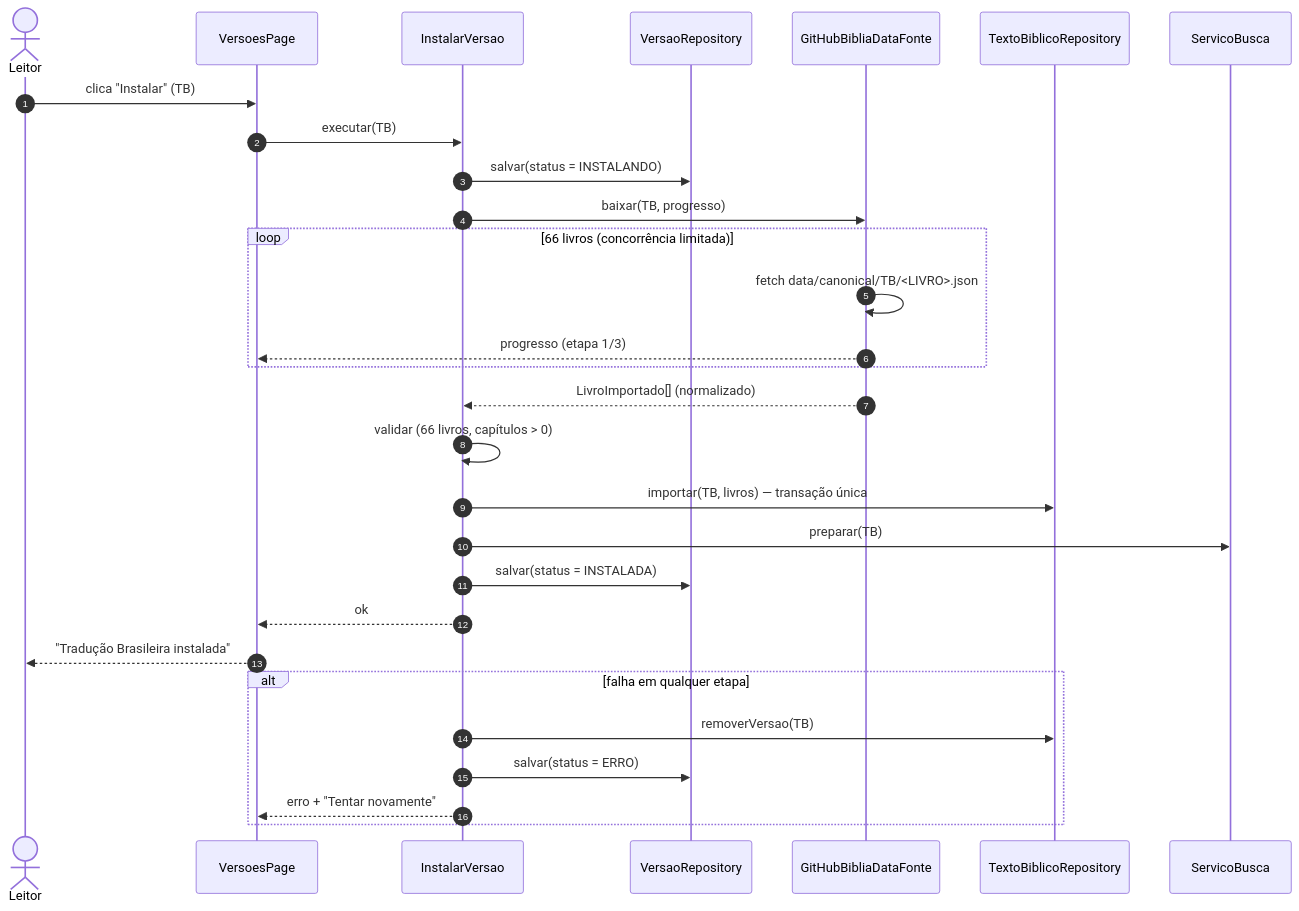
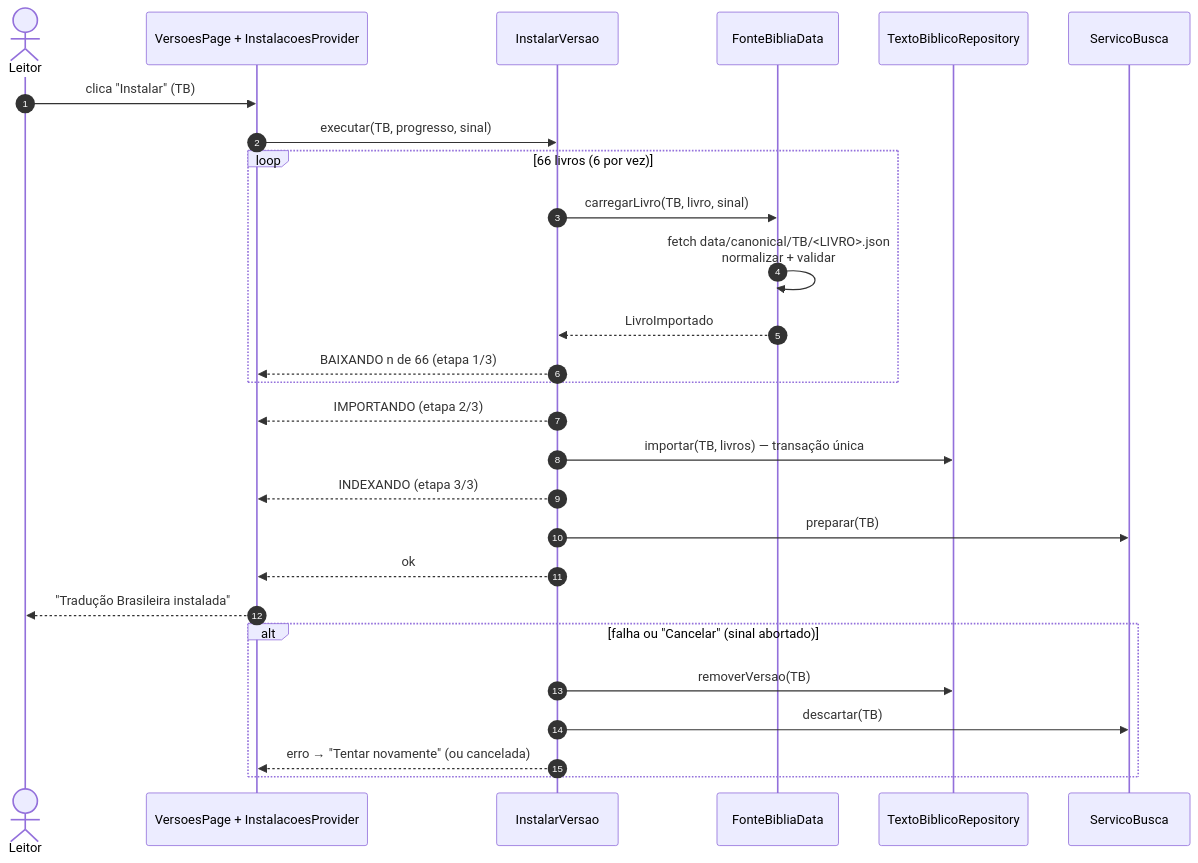
The tenth of 10 diagrams in docs/06-arquitetura.md (edioilha/biblia-app), drawn with Mermaid before and after one commit. The commit also changed other lines of this file and 59 other files, not shown here.

````diff
--- a/docs/06-arquitetura.md
+++ b/docs/06-arquitetura.md
@@ -347,33 +347,31 @@
 ```mermaid
 sequenceDiagram
     autonumber
     actor L as Leitor
-    participant P as VersoesPage
+    participant P as VersoesPage + InstalacoesProvider
     participant UC as InstalarVersao
-    participant V as VersaoRepository
-    participant F as GitHubBibliaDataFonte
+    participant F as FonteBibliaData
     participant T as TextoBiblicoRepository
     participant S as ServicoBusca
 
     L->>P: clica "Instalar" (TB)
-    P->>UC: executar(TB)
-    UC->>V: salvar(status = INSTALANDO)
-    UC->>F: baixar(TB, progresso)
-    loop 66 livros (concorrência limitada)
-        F->>F: fetch data/canonical/TB/<LIVRO>.json
-        F-->>P: progresso (etapa 1/3)
+    P->>UC: executar(TB, progresso, sinal)
+    loop 66 livros (6 por vez)
+        UC->>F: carregarLivro(TB, livro, sinal)
+        F->>F: fetch data/canonical/TB/<LIVRO>.json<br/>normalizar + validar
+        F-->>UC: LivroImportado
+        UC-->>P: BAIXANDO n de 66 (etapa 1/3)
     end
-    F-->>UC: LivroImportado[] (normalizado)
-    UC->>UC: validar (66 livros, capítulos > 0)
+    UC-->>P: IMPORTANDO (etapa 2/3)
     UC->>T: importar(TB, livros) — transação única
+    UC-->>P: INDEXANDO (etapa 3/3)
     UC->>S: preparar(TB)
-    UC->>V: salvar(status = INSTALADA)
     UC-->>P: ok
     P-->>L: "Tradução Brasileira instalada"
 
-    alt falha em qualquer etapa
+    alt falha ou "Cancelar" (sinal abortado)
         UC->>T: removerVersao(TB)
-        UC->>V: salvar(status = ERRO)
-        UC-->>P: erro + "Tentar novamente"
+        UC->>S: descartar(TB)
+        UC-->>P: erro → "Tentar novamente" (ou cancelada)
     end
 ```
````
